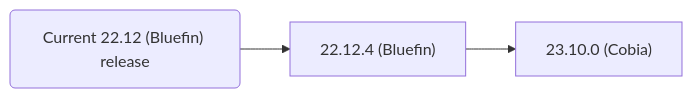
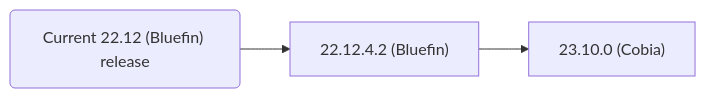
The second of 2 diagrams in content/GettingStarted/SCALEReleaseNotes.md (truenas/documentation), drawn with Mermaid before and after one commit. The commit also changed other lines of this file, not shown here.

Commit message:
PD-820: Add known issue to 23.10.0 release notes

````diff
--- a/content/GettingStarted/SCALEReleaseNotes.md
+++ b/content/GettingStarted/SCALEReleaseNotes.md
@@ -121,4 +122,4 @@
 ```mermaid
 flowchart LR
-A("Current 22.12 (Bluefin) release") --> B["22.12.4 (Bluefin)"] --> C["23.10.0 (Cobia)"]
+A("Current 22.12 (Bluefin) release") --> B["22.12.4.2 (Bluefin)"] --> C["23.10.0 (Cobia)"]
 ```
````
